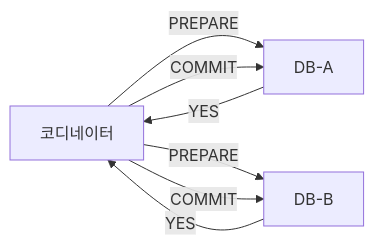
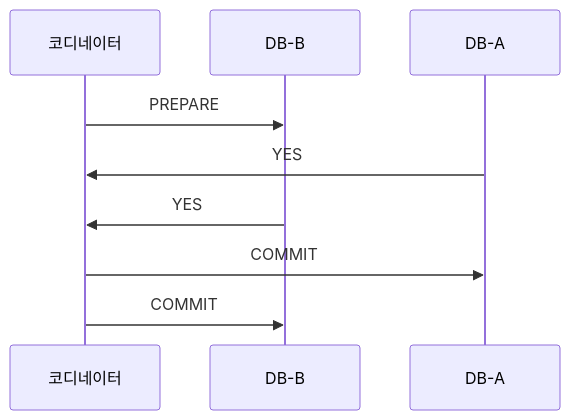
One commit to yjkim2015/yjkim2015.github.io changed the second of 14 diagrams in _posts/architecture/2026-05-02-distributed-transaction-deep.md. Above: the diagram before and after it, drawn with Mermaid. The commit also changed other lines of this file and 89 other files, not shown here.

First line of the commit message:
복잡한 flowchart 163개 → sequenceDiagram 변환 (90파일)

````diff
--- a/_posts/architecture/2026-05-02-distributed-transaction-deep.md
+++ b/_posts/architecture/2026-05-02-distributed-transaction-deep.md
@@ -40,9 +40,8 @@
 ```mermaid
-graph LR
-    C["코디네이터"] -->|"PREPARE"| A["DB-A"]
-    C -->|"PREPARE"| B["DB-B"]
-    A -->|"YES"| C
-    B -->|"YES"| C
-    C -->|"COMMIT"| A
-    C -->|"COMMIT"| B
+sequenceDiagram
+    코디네이터->>DB-B: PREPARE
+    DB-A->>코디네이터: YES
+    DB-B->>코디네이터: YES
+    코디네이터->>DB-A: COMMIT
+    코디네이터->>DB-B: COMMIT
 ```
````
